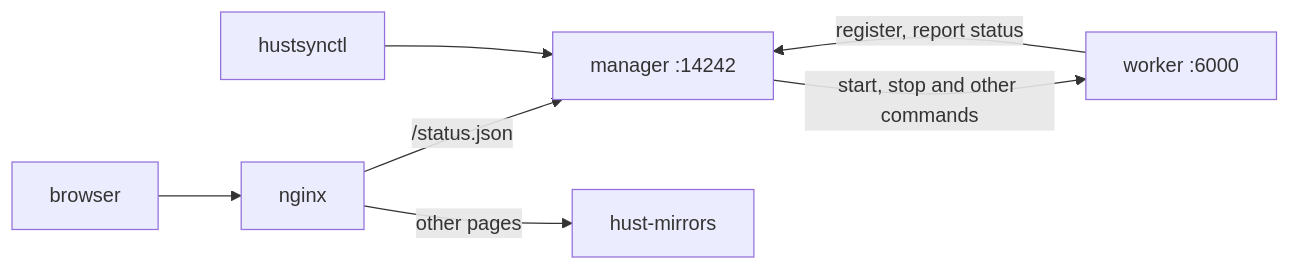
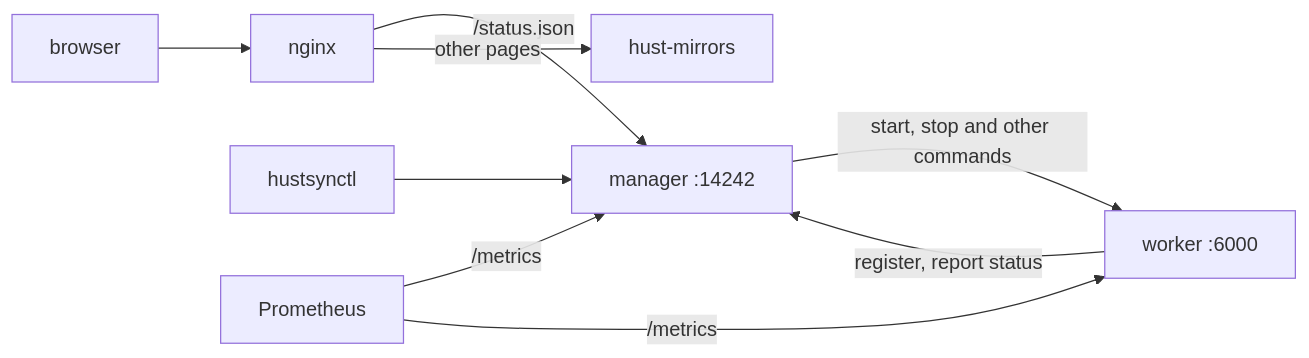
The diagram in docs/guide/deploy.md (Lfan-ke/hustsync), drawn with Mermaid before and after one commit. The commit also changed other lines of this file and 3 other files, not shown here.

````diff
--- a/docs/guide/deploy.md
+++ b/docs/guide/deploy.md
@@ -3,13 +3,16 @@
 ```mermaid
 flowchart LR
     user["browser"] --> nginx
     nginx -- "/status.json" --> manager["manager :14242"]
     nginx -- "other pages" --> web["hust-mirrors"]
     worker["worker :6000"] -- "register, report status" --> manager
     manager -- "start, stop and other commands" --> worker
     ctl["hustsynctl"] --> manager
+    prom["Prometheus"] -- "/metrics" --> manager
+    prom -- "/metrics" --> worker
 %%  browser -> nginx -+- /status.json -> manager :14242 <- hustsynctl
 %%                    +- other pages --> hust-mirrors
 %%  worker :6000 --register, report status--> manager
 %%  manager --start, stop and other commands--> worker
+%%  Prometheus --/metrics--> manager, worker
 ```
````
